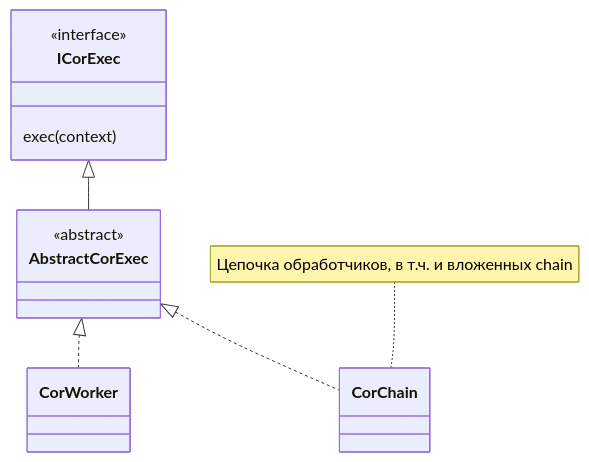
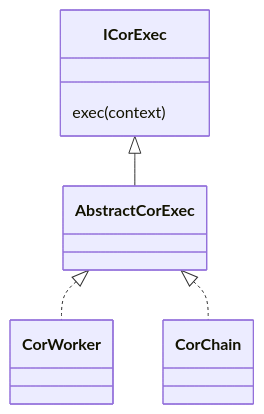
One commit to dpopkov/hello-world-2 changed the diagram in README.md. Above: the diagram before and after it, drawn with Mermaid.

Commit message:
Update README.md
fix 4

````diff
--- a/README.md
+++ b/README.md
@@ -10,17 +10,13 @@
 ```mermaid
 classDiagram
     class ICorExec
-    <<interface>> ICorExec
     ICorExec : exec(context)
     
     class AbstractCorExec
-    <<abstract>> AbstractCorExec
-    
     class CorWorker
     class CorChain
     
     ICorExec <|-- AbstractCorExec
     AbstractCorExec <|.. CorWorker
     AbstractCorExec <|.. CorChain
-    note for CorChain "Цепочка обработчиков, в т.ч. и вложенных chain"
 ```
````
